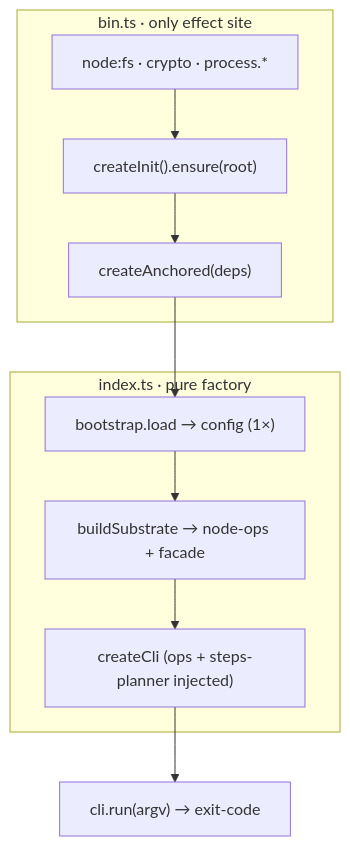
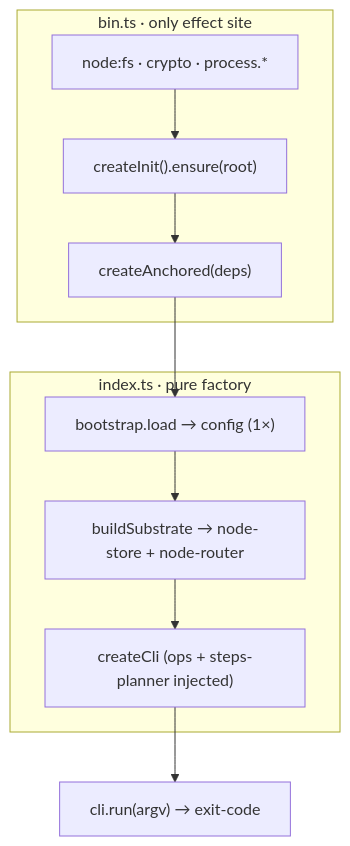
One commit to chafoo/anchored changed the diagram in docs/core/wiring.md. Above: the diagram before and after it, drawn with Mermaid. The commit also changed other lines of this file and 65 other files, not shown here.

````diff
--- a/docs/core/wiring.md
+++ b/docs/core/wiring.md
@@ -30,13 +31,13 @@
 ```mermaid
 flowchart TB
     subgraph bin["bin.ts · only effect site"]
         fx["node:fs · crypto · process.*"] --> init["createInit().ensure(root)"]
         init --> ca["createAnchored(deps)"]
     end
     subgraph idx["index.ts · pure factory"]
-        boot["bootstrap.load → config (1×)"] --> ops["buildSubstrate → node-ops + facade"]
-        ops --> cli["createCli (ops + steps-planner injected)"]
+        boot["bootstrap.load → config (1×)"] --> store["buildSubstrate → node-store + node-router"]
+        store --> cli["createCli (ops + steps-planner injected)"]
     end
     ca --> boot
     cli --> run["cli.run(argv) → exit-code"]
 ```
````
